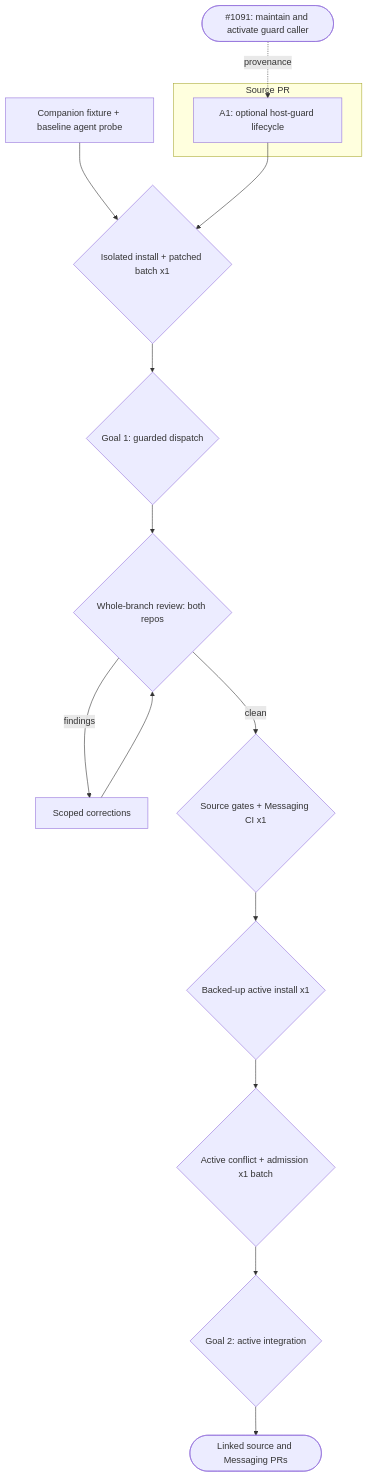
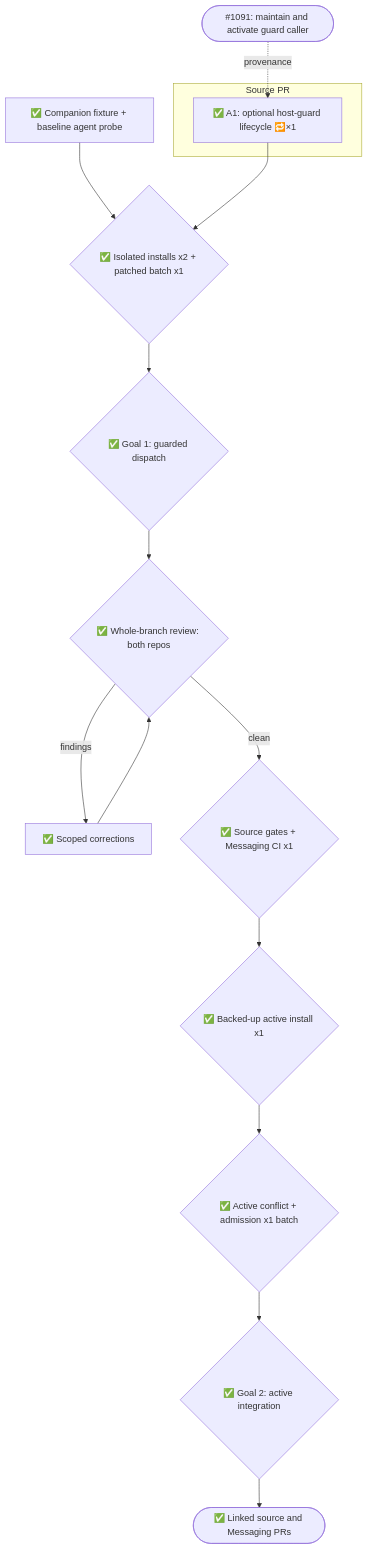
One commit to carboni123/goal-driven-implementation changed the diagram in docs/plans/issue-1091-core-dispatch-plan.md. Above: the diagram before and after it, drawn with Mermaid. The commit also changed other lines of this file, not shown here.

First line of the commit message:
docs(skill): record active dispatch verification

````diff
--- a/docs/plans/issue-1091-core-dispatch-plan.md
+++ b/docs/plans/issue-1091-core-dispatch-plan.md
@@ -176,20 +177,20 @@
 ```mermaid
 flowchart TD
   IN1(["#1091: maintain and activate guard caller"])
-  INPUT["Companion fixture + baseline agent probe"]
+  INPUT["✅ Companion fixture + baseline agent probe"]
   subgraph SRC["Source PR"]
-    A1["A1: optional host-guard lifecycle"]
+    A1["✅ A1: optional host-guard lifecycle 🔁×1"]
   end
   IN1 -. provenance .-> A1
-  INPUT --> PROBE{"Isolated install + patched batch x1"}
+  INPUT --> PROBE{"✅ Isolated installs x2 + patched batch x1"}
   A1 --> PROBE
-  PROBE --> G1{"Goal 1: guarded dispatch"}
-  G1 --> FR{"Whole-branch review: both repos"}
-  FR -- findings --> FIX["Scoped corrections"]
+  PROBE --> G1{"✅ Goal 1: guarded dispatch"}
+  G1 --> FR{"✅ Whole-branch review: both repos"}
+  FR -- findings --> FIX["✅ Scoped corrections"]
   FIX --> FR
-  FR -- clean --> GATES{"Source gates + Messaging CI x1"}
-  GATES --> INSTALL{"Backed-up active install x1"}
-  INSTALL --> WITNESS{"Active conflict + admission x1 batch"}
-  WITNESS --> G2{"Goal 2: active integration"}
-  G2 --> PR(["Linked source and Messaging PRs"])
+  FR -- clean --> GATES{"✅ Source gates + Messaging CI x1"}
+  GATES --> INSTALL{"✅ Backed-up active install x1"}
+  INSTALL --> WITNESS{"✅ Active conflict + admission x1 batch"}
+  WITNESS --> G2{"✅ Goal 2: active integration"}
+  G2 --> PR(["✅ Linked source and Messaging PRs"])
 ```
````
